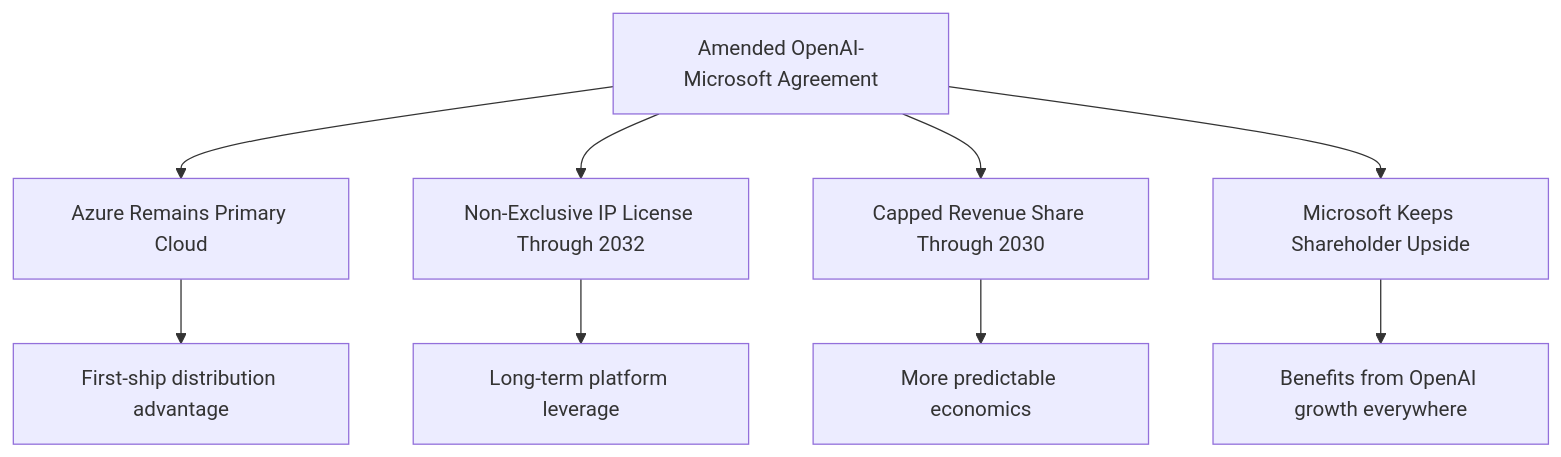
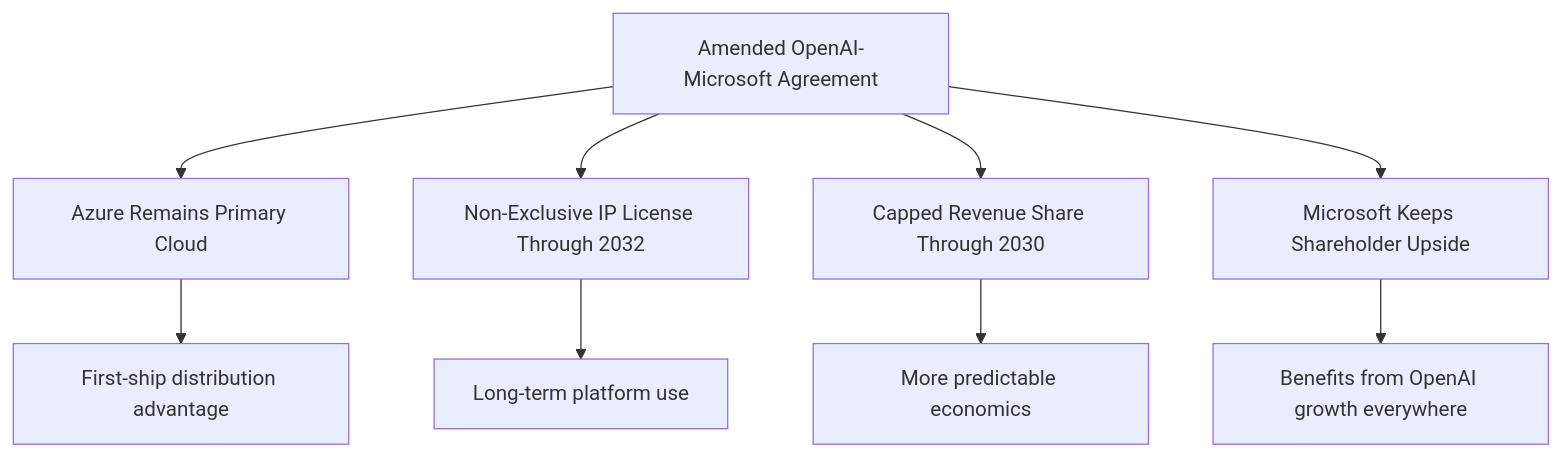
Before and after one commit to vesviet/vesviet: the second of 2 diagrams in content/radar/2026-04/radar-2026-04-28.md, drawn with Mermaid. The commit also changed other lines of this file and 21 other files, not shown here.

````diff
--- a/content/radar/2026-04/radar-2026-04-28.md
+++ b/content/radar/2026-04/radar-2026-04-28.md
@@ -89,12 +90,12 @@
 ```mermaid
 flowchart TD
     DEAL[Amended OpenAI-Microsoft Agreement] --> CLOUD[Azure Remains Primary Cloud]
     DEAL --> IP[Non-Exclusive IP License Through 2032]
     DEAL --> REV[Capped Revenue Share Through 2030]
     DEAL --> EQUITY[Microsoft Keeps Shareholder Upside]
 
     CLOUD --> ADV1[First-ship distribution advantage]
-    IP --> ADV2[Long-term platform leverage]
+    IP --> ADV2[Long-term platform use]
     REV --> ADV3[More predictable economics]
     EQUITY --> ADV4[Benefits from OpenAI growth everywhere]
 ```
````
